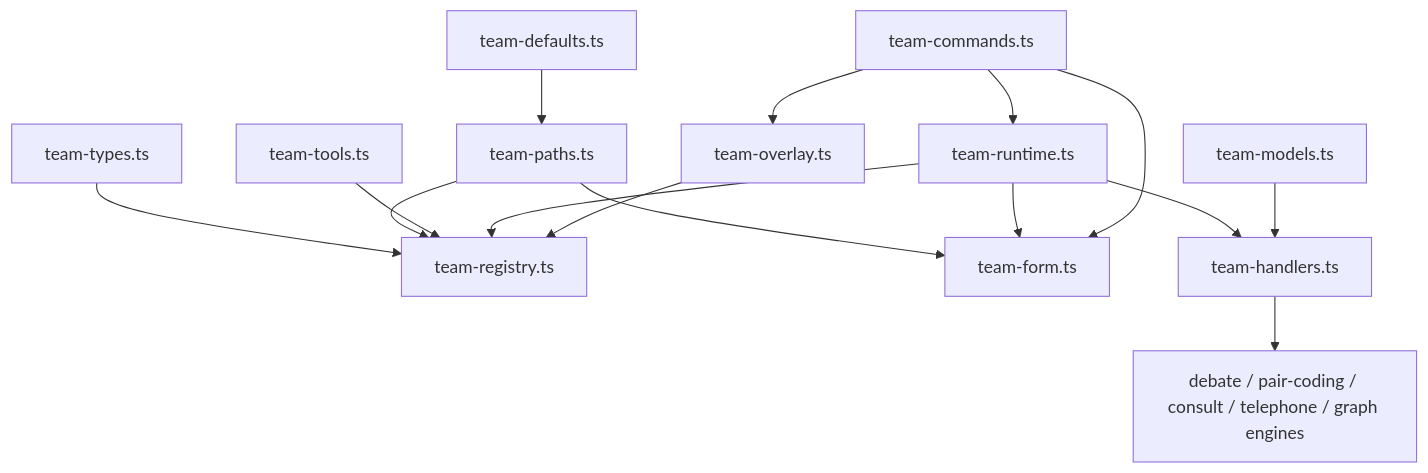
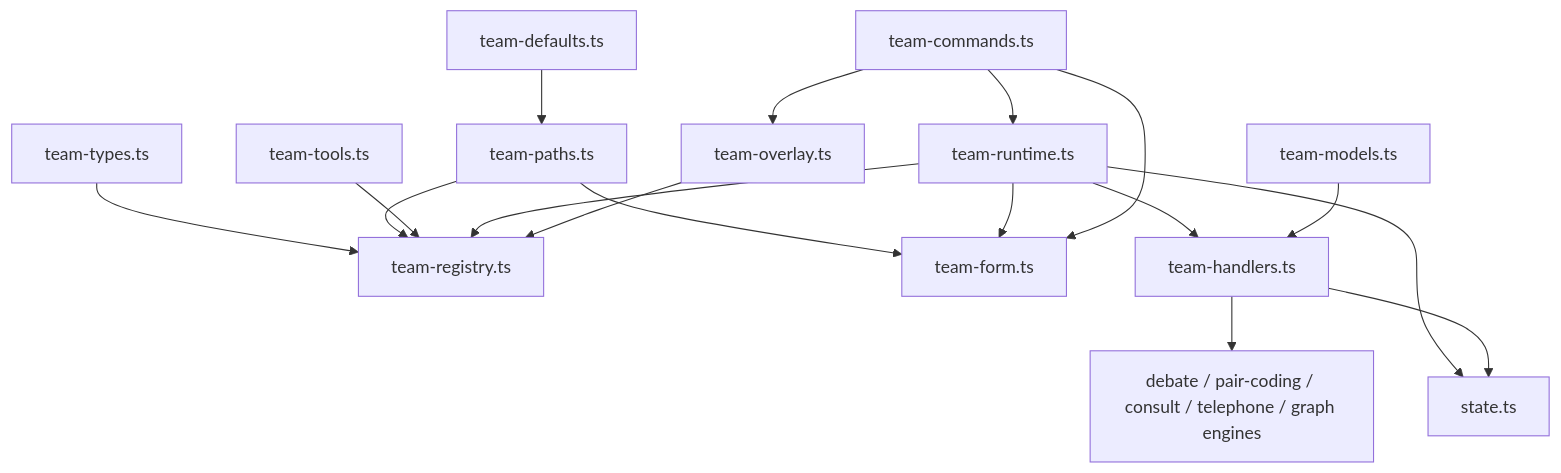
Before and after one commit to tS7hKamAYL84j91/pi-tools-and-skills: the second of 2 diagrams in docs/teams-migration-plan.md, drawn with Mermaid. The commit also changed other lines of this file and 9 other files, not shown here.

````diff
--- a/docs/teams-migration-plan.md
+++ b/docs/teams-migration-plan.md
@@ -30,17 +36,19 @@
 ```mermaid
 flowchart TD
   Types[team-types.ts] --> Registry[team-registry.ts]
   Paths[team-paths.ts] --> Registry
   Paths --> Form[team-form.ts]
   Defaults[team-defaults.ts] --> Paths
   Tools[team-tools.ts] --> Registry
   Runtime[team-runtime.ts] --> Handlers[team-handlers.ts]
+  Runtime --> State[state.ts]
   Runtime --> Form
   Runtime --> Registry
   Commands[team-commands.ts] --> Runtime
   Commands --> Form
   Commands --> Overlay
   Models[team-models.ts] --> Handlers
   Overlay[team-overlay.ts] --> Registry
   Handlers --> Engines[debate / pair-coding / consult / telephone / graph engines]
+  Handlers --> State
 ```
````
